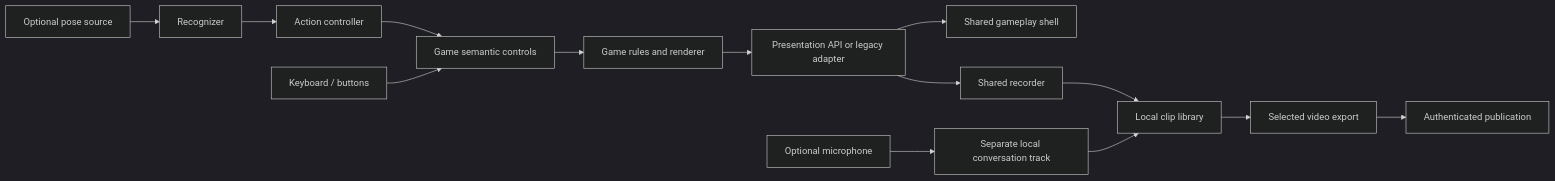
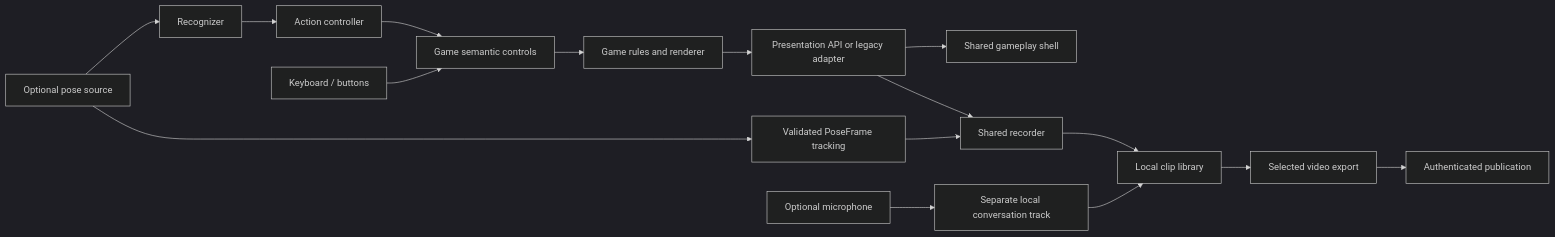
The diagram in apps/arcade/src/gameplay/README.md (flyfy1/fitness-pair), drawn with Mermaid (dark theme) before and after one commit. The commit also changed other lines of this file and 33 other files, not shown here.

Commit message:
Record UUID-linked pose tracking with replays

````diff
--- a/apps/arcade/src/gameplay/README.md
+++ b/apps/arcade/src/gameplay/README.md
@@ -89,16 +99,18 @@
 ```mermaid
 flowchart LR
   Camera[Optional pose source] --> Recognizer
+  Camera --> Tracking[Validated PoseFrame tracking]
   Recognizer --> Action[Action controller]
   Action --> Controls[Game semantic controls]
   Buttons[Keyboard / buttons] --> Controls
   Controls --> Game[Game rules and renderer]
   Game --> API[Presentation API or legacy adapter]
   API --> Shell[Shared gameplay shell]
   API --> Recorder[Shared recorder]
+  Tracking --> Recorder
   Mic[Optional microphone] --> Track[Separate local conversation track]
   Recorder --> Library[Local clip library]
   Track --> Library
   Library --> Export[Selected video export]
   Export --> Share[Authenticated publication]
 ```
````
